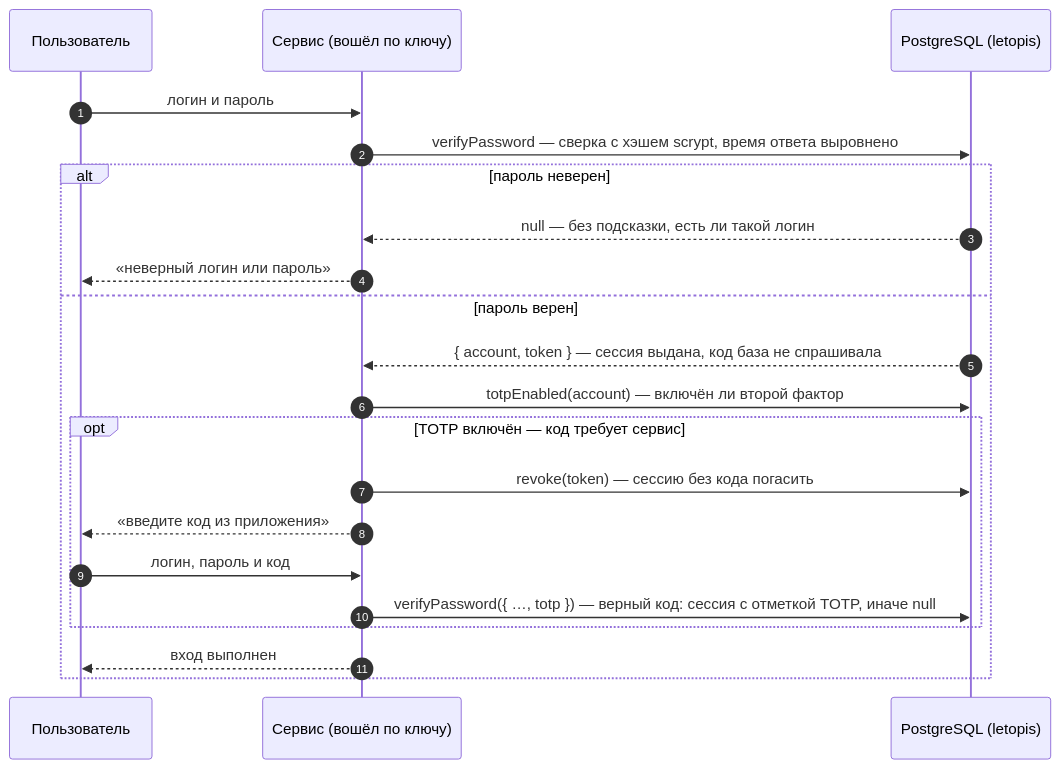
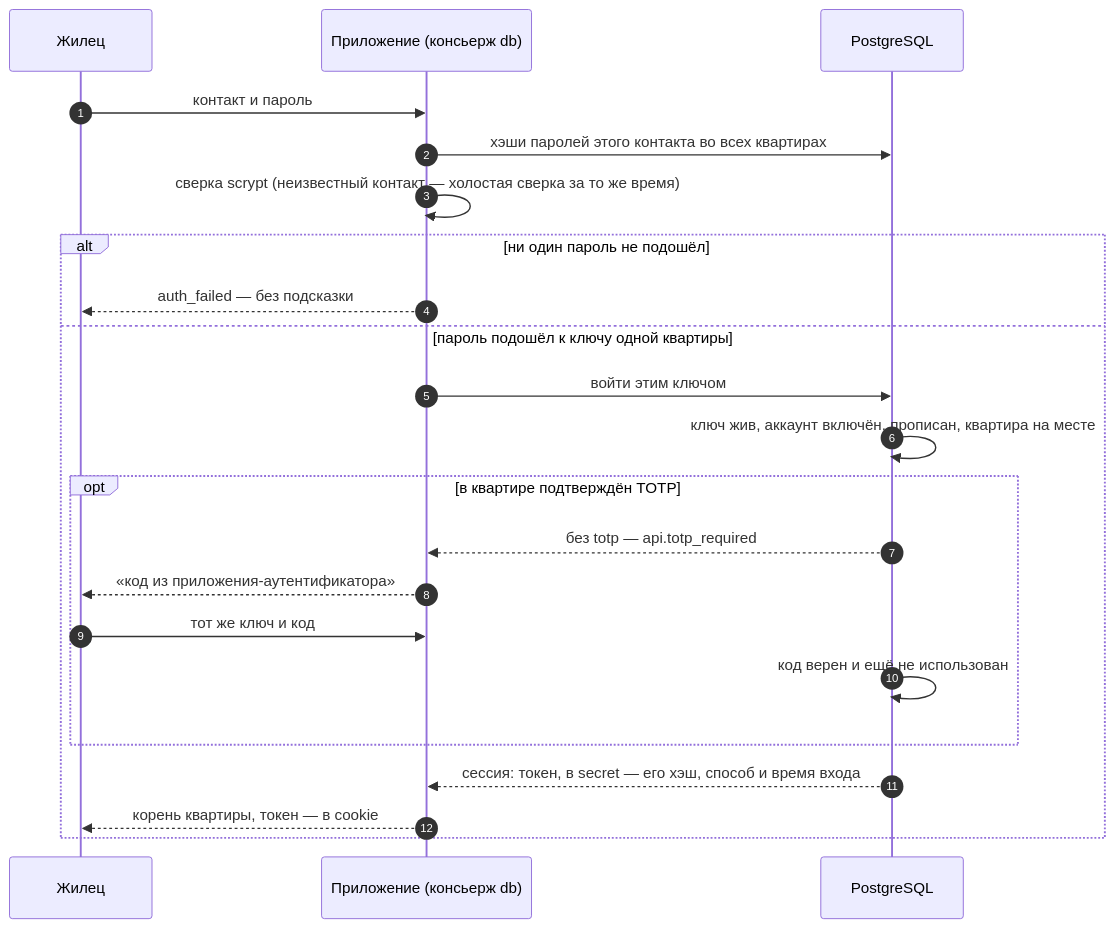
Before and after one commit to alepri51/letopis: the diagram in guide/pages/auth/index.md, drawn with Mermaid. The commit also changed other lines of this file and 86 other files, not shown here.

````diff
--- a/guide/pages/auth/index.md
+++ b/guide/pages/auth/index.md
@@ -17,23 +200,24 @@
 ```mermaid
 sequenceDiagram
   autonumber
-  participant U as Пользователь
-  participant S as Сервис (вошёл по ключу)
-  participant DB as PostgreSQL (letopis)
-  U->>S: логин и пароль
-  S->>DB: verifyPassword — сверка с хэшем scrypt, время ответа выровнено
-  alt пароль неверен
-    DB-->>S: null — без подсказки, есть ли такой логин
-    S-->>U: «неверный логин или пароль»
-  else пароль верен
-    DB-->>S: { account, token } — сессия выдана, код база не спрашивала
-    S->>DB: totpEnabled(account) — включён ли второй фактор
-    opt TOTP включён — код требует сервис
-      S->>DB: revoke(token) — сессию без кода погасить
-      S-->>U: «введите код из приложения»
-      U->>S: логин, пароль и код
-      S->>DB: verifyPassword({ …, totp }) — верный код: сессия с отметкой TOTP, иначе null
+  participant U as Жилец
+  participant App as Приложение (консьерж db)
+  participant DB as PostgreSQL
+  U->>App: контакт и пароль
+  App->>DB: хэши паролей этого контакта во всех квартирах
+  App->>App: сверка scrypt (неизвестный контакт — холостая сверка за то же время)
+  alt ни один пароль не подошёл
+    App-->>U: auth_failed — без подсказки
+  else пароль подошёл к ключу одной квартиры
+    App->>DB: войти этим ключом
+    DB->>DB: ключ жив, аккаунт включён, прописан, квартира на месте
+    opt в квартире подтверждён TOTP
+      DB-->>App: без totp — api.totp_required
+      App-->>U: «код из приложения-аутентификатора»
+      U->>App: тот же ключ и код
+      DB->>DB: код верен и ещё не использован
     end
-    S-->>U: вход выполнен
+    DB-->>App: сессия: токен, в secret — его хэш, способ и время входа
+    App-->>U: корень квартиры, токен — в cookie
   end
 ```
````
